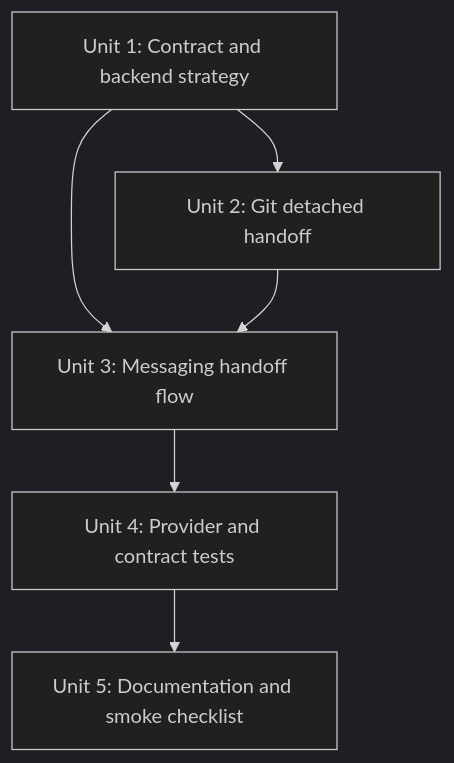
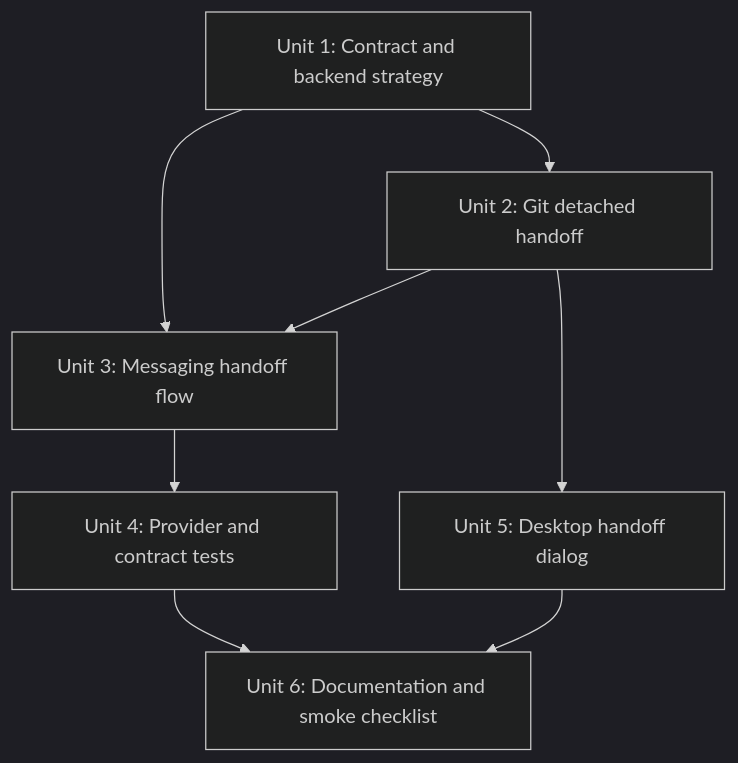
Before and after one commit to pwrdrvr/PwrAgent: the second of 2 diagrams in docs/plans/2026-05-02-004-fix-messaging-handoff-branch-picker-plan.md, drawn with Mermaid (dark theme). The commit also changed other lines of this file, not shown here.

Commit message:
docs: add desktop handoff dialog plan

````diff
--- a/docs/plans/2026-05-02-004-fix-messaging-handoff-branch-picker-plan.md
+++ b/docs/plans/2026-05-02-004-fix-messaging-handoff-branch-picker-plan.md
@@ -234,8 +268,10 @@
 ```mermaid
 flowchart TB
     U1["Unit 1: Contract and backend strategy"] --> U2["Unit 2: Git detached handoff"]
     U1 --> U3["Unit 3: Messaging handoff flow"]
     U2 --> U3
     U3 --> U4["Unit 4: Provider and contract tests"]
-    U4 --> U5["Unit 5: Documentation and smoke checklist"]
+    U2 --> U5["Unit 5: Desktop handoff dialog"]
+    U4 --> U6["Unit 6: Documentation and smoke checklist"]
+    U5 --> U6
 ```
````
